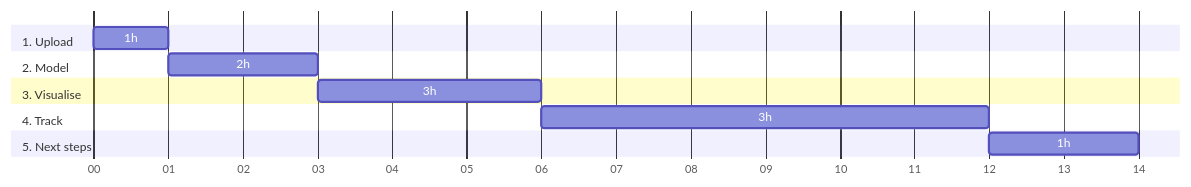
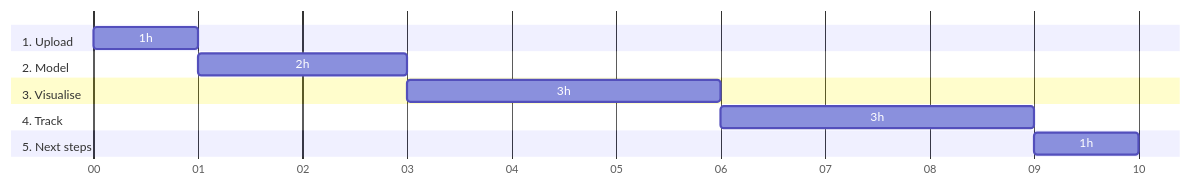
One commit to snowplow/advanced-analytics-mobile-accelerator changed the second of 2 diagrams in content/_index.md. Above: the diagram before and after it, drawn with Mermaid.

Commit message:
Fix hours in timeline in introduction

```diff
--- a/content/_index.md
+++ b/content/_index.md
@@ -87,16 +87,16 @@
 {{<mermaid>}}
 gantt
         dateFormat  HH-mm
         axisFormat %M
         section 1. Upload
         1h          :upload, 00-00, 1m
         section 2. Model
         2h          :model, after upload, 2m
         section 3. Visualise
         3h          :visualise, after model, 3m
         section 4. Track
-        3h          :track, after visualise, 6m
+        3h          :track, after visualise, 3m
         section 5. Next steps
-        1h          :next steps, after track, 2m
+        1h          :next steps, after track, 1m
 
 {{</mermaid >}}
```
